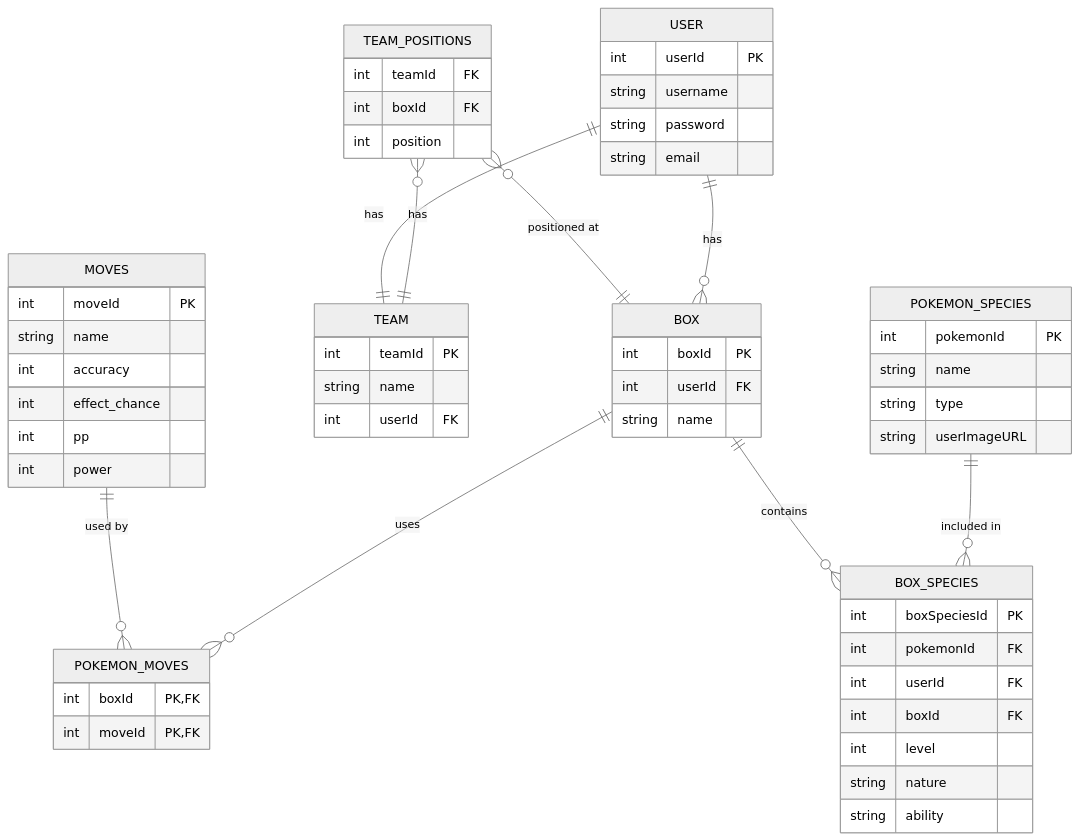
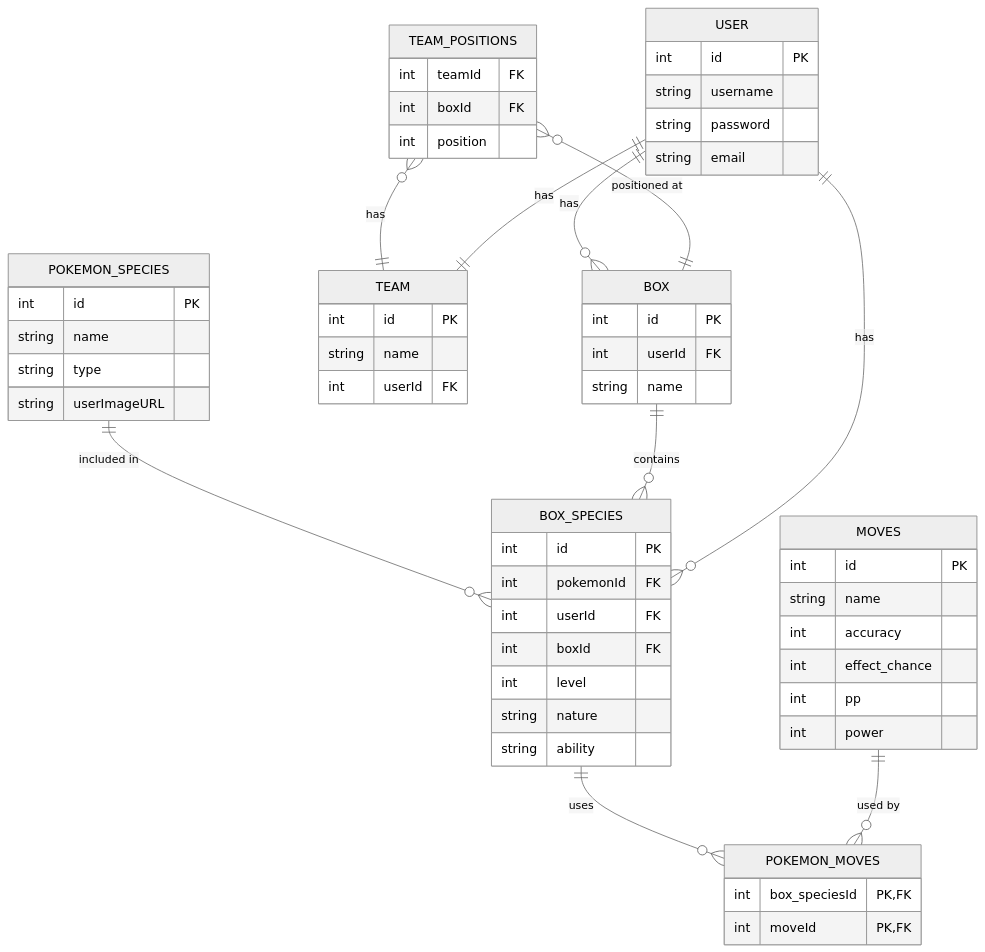
The diagram in README.md (tjklint/PokePC), drawn with Mermaid (neutral theme) before and after one commit.

````diff
--- a/README.md
+++ b/README.md
@@ -53,68 +53,68 @@
 ```mermaid
 erDiagram
     USER ||--o{ BOX : "has"
     TEAM_POSITIONS o{--|| TEAM: "has"
     TEAM_POSITIONS o{--|| BOX: "positioned at"
     USER||--|| TEAM:"has"
-    BOX ||--o{ POKEMON_MOVES : "uses"
+    BOX_SPECIES ||--o{ POKEMON_MOVES : "uses"
     MOVES ||--o{ POKEMON_MOVES : "used by"
     POKEMON_SPECIES ||--o{ BOX_SPECIES : "included in"
     BOX ||--o{ BOX_SPECIES : "contains"
-
+    USER ||--o{ BOX_SPECIES : "has"
 
     USER {
-        int userId PK
+        int id PK
         string username
         string password
         string email
     }
 
     POKEMON_SPECIES {
-        int pokemonId PK
+        int id PK
         string name
         string type
         string userImageURL
     }
 
     BOX {
-        int boxId PK
+        int id PK
         int userId FK
         string name
     }
 
     BOX_SPECIES {
-        int boxSpeciesId PK
+        int id PK
         int pokemonId FK
         int userId FK
         int boxId FK
         int level
         string nature
         string ability
     }
 
     TEAM {
-        int teamId PK
+        int id PK
         string name
         int userId FK
     }
 
     TEAM_POSITIONS {
         int teamId FK
         int boxId FK
         int position
     }
 
     MOVES {
-        int moveId PK
+        int id PK
         string name 
         int accuracy
         int effect_chance
         int pp   
         int power
     }
 
     POKEMON_MOVES {
-        int boxId PK, FK
+        int box_speciesId PK, FK
         int moveId PK, FK
     }
 ```
````
